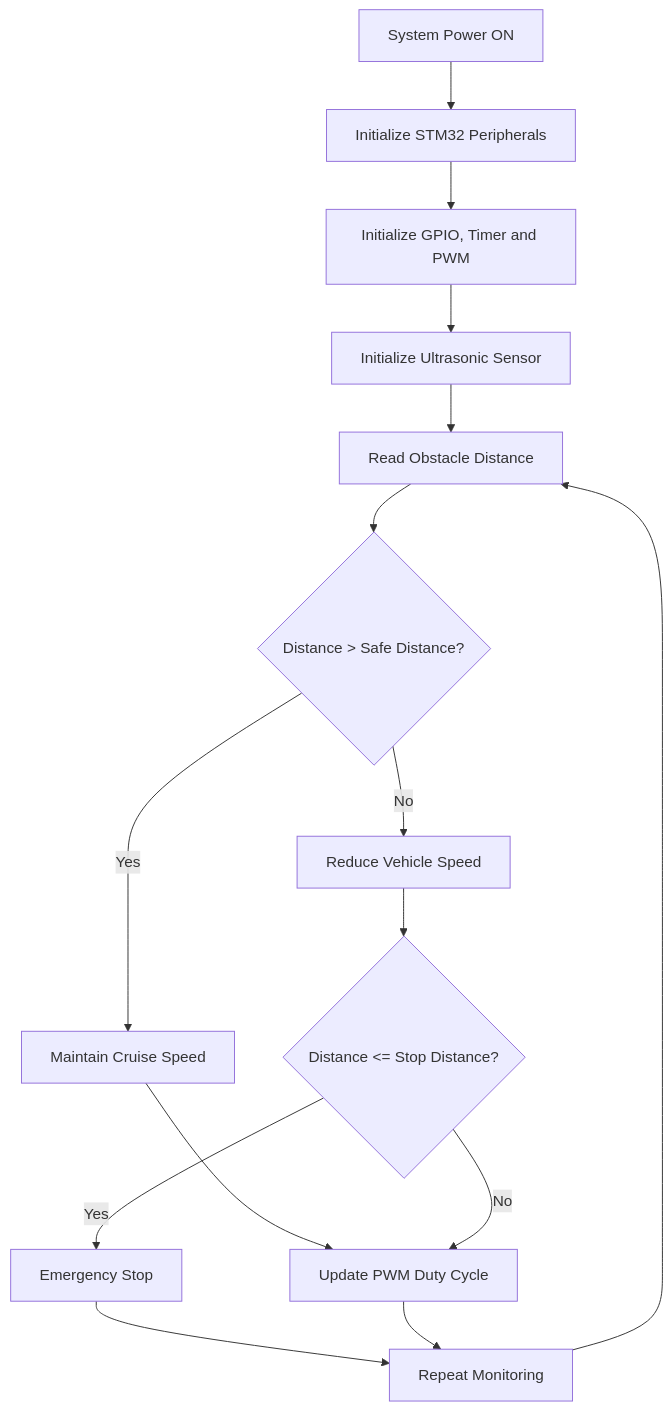
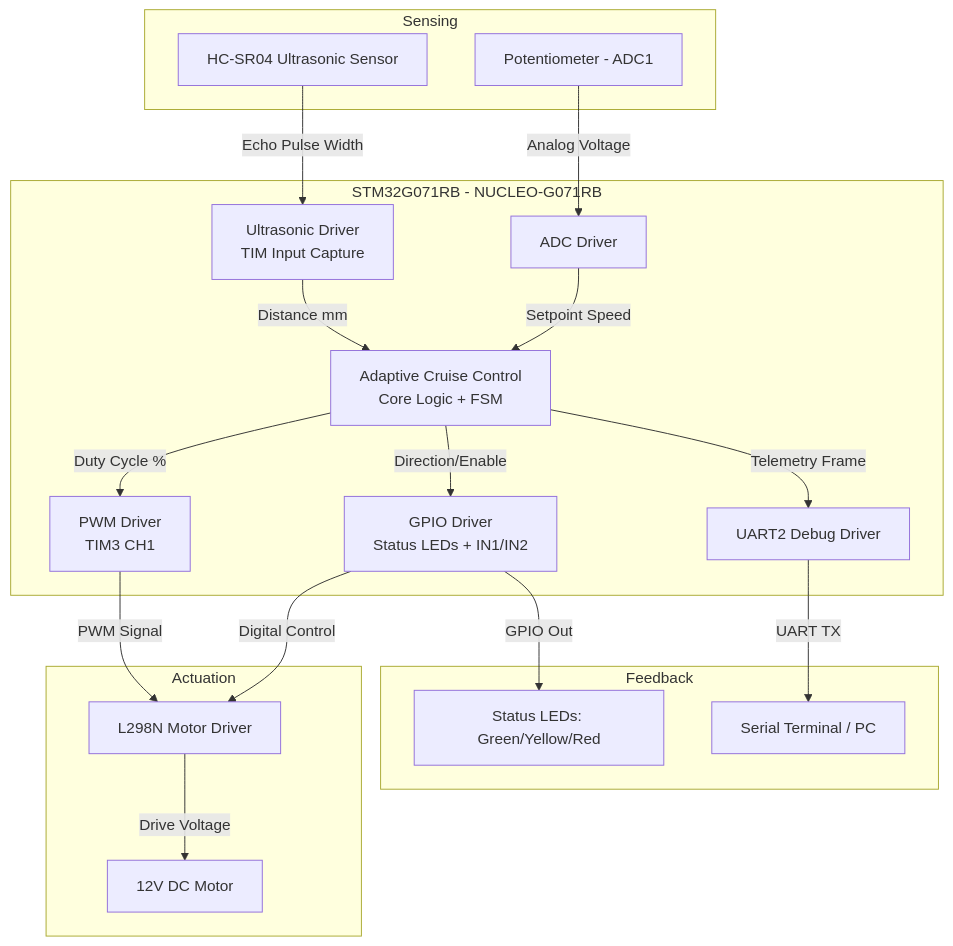
One commit to shashikiranam/STM32-Adaptive-Cruise-Control changed the first of 4 diagrams in README.md. Above: the diagram before and after it, drawn with Mermaid. The commit also changed other lines of this file, not shown here.

````diff
--- a/README.md
+++ b/README.md
@@ -158,35 +76,39 @@
 ```mermaid
-flowchart TD
+flowchart TB
+    subgraph Sensing
+        A[HC-SR04 Ultrasonic Sensor]
+        B[Potentiometer - ADC1]
+    end
 
-A[System Power ON]
-B[Initialize STM32 Peripherals]
-C[Initialize GPIO, Timer and PWM]
-D[Initialize Ultrasonic Sensor]
-E[Read Obstacle Distance]
-F{Distance > Safe Distance?}
-G[Maintain Cruise Speed]
-H[Reduce Vehicle Speed]
-I{Distance <= Stop Distance?}
-J[Emergency Stop]
-K[Update PWM Duty Cycle]
-L[Repeat Monitoring]
+    subgraph MCU["STM32G071RB - NUCLEO-G071RB"]
+        C[Ultrasonic Driver<br/>TIM Input Capture]
+        D[ADC Driver]
+        E[Adaptive Cruise Control<br/>Core Logic + FSM]
+        F[PWM Driver<br/>TIM3 CH1]
+        G[GPIO Driver<br/>Status LEDs + IN1/IN2]
+        H[UART2 Debug Driver]
+    end
 
-A --> B
-B --> C
-C --> D
-D --> E
-E --> F
+    subgraph Actuation
+        I[L298N Motor Driver]
+        J[12V DC Motor]
+    end
 
-F -- Yes --> G
-F -- No --> H
+    subgraph Feedback
+        K[Status LEDs: Green/Yellow/Red]
+        L[Serial Terminal / PC]
+    end
 
-G --> K
-H --> I
-
-I -- Yes --> J
-I -- No --> K
-
-J --> L
-K --> L
-L --> E
+    A -->|Echo Pulse Width| C
+    B -->|Analog Voltage| D
+    C -->|Distance mm| E
+    D -->|Setpoint Speed| E
+    E -->|Duty Cycle %| F
+    E -->|Direction/Enable| G
+    E -->|Telemetry Frame| H
+    F -->|PWM Signal| I
+    G -->|Digital Control| I
+    I -->|Drive Voltage| J
+    G -->|GPIO Out| K
+    H -->|UART TX| L
 ```
````
